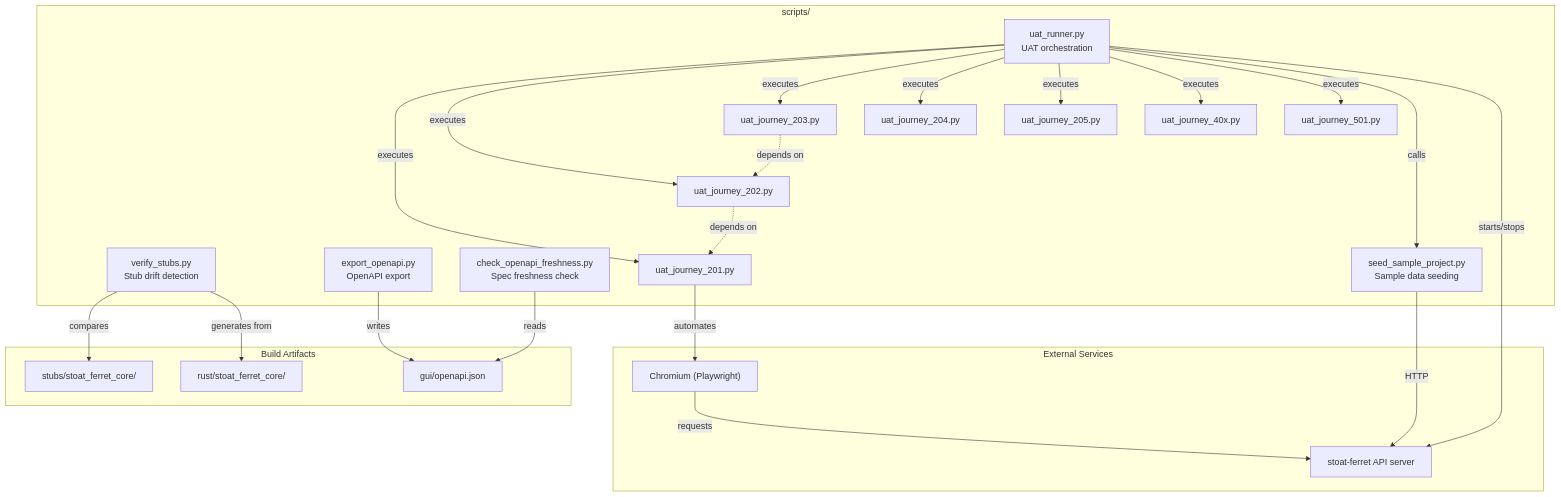
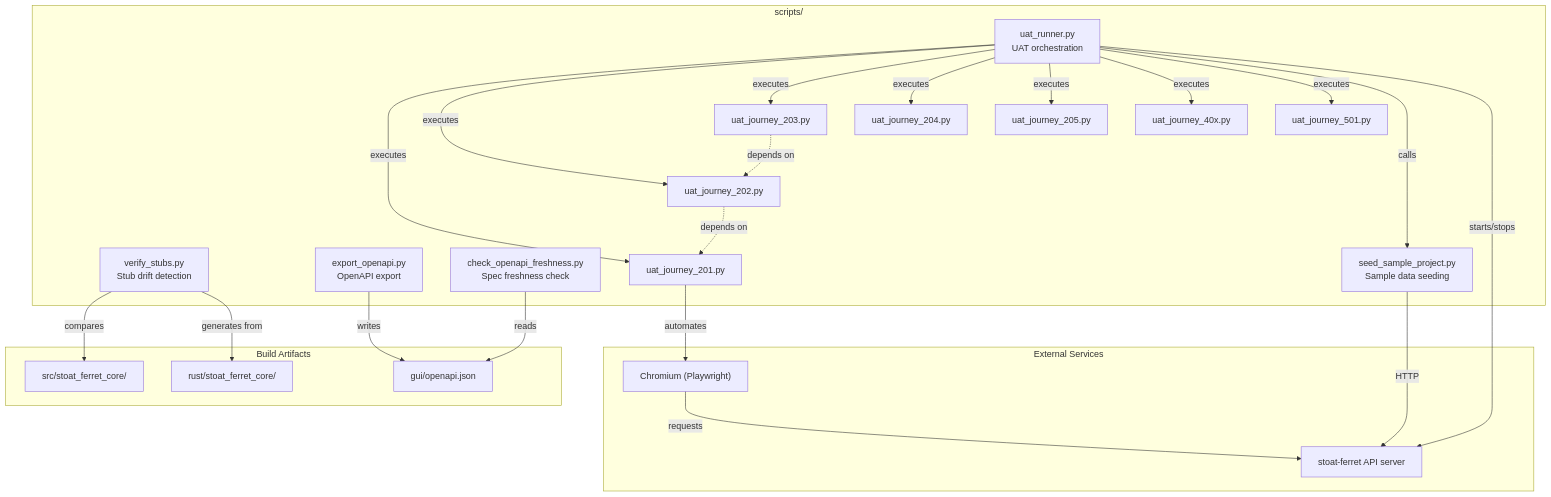
The diagram in docs/C4-Documentation/c4-code-scripts.md (gwickman/stoat-and-ferret), drawn with Mermaid before and after one commit. The commit also changed other lines of this file and 7 other files, not shown here.

First line of the commit message:
fix: update stubs/ directory references to src/ (v041 consolidation) (#321)

````diff
--- a/docs/C4-Documentation/c4-code-scripts.md
+++ b/docs/C4-Documentation/c4-code-scripts.md
@@ -223,50 +223,50 @@
 ```mermaid
 graph TD
     subgraph "scripts/"
         VERIFY["verify_stubs.py<br/>Stub drift detection"]
         EXPORT["export_openapi.py<br/>OpenAPI export"]
         CHECK["check_openapi_freshness.py<br/>Spec freshness check"]
         SEED["seed_sample_project.py<br/>Sample data seeding"]
         UAT["uat_runner.py<br/>UAT orchestration"]
         J201["uat_journey_201.py"]
         J202["uat_journey_202.py"]
         J203["uat_journey_203.py"]
         J204["uat_journey_204.py"]
         J205["uat_journey_205.py"]
         J4XX["uat_journey_40x.py"]
         J501["uat_journey_501.py"]
     end
 
     UAT -->|"executes"| J201
     UAT -->|"executes"| J202
     UAT -->|"executes"| J203
     UAT -->|"executes"| J204
     UAT -->|"executes"| J205
     UAT -->|"executes"| J4XX
     UAT -->|"executes"| J501
     UAT -->|"calls"| SEED
 
     J202 -.->|"depends on"| J201
     J203 -.->|"depends on"| J202
 
     subgraph "External Services"
         SERVER["stoat-ferret API server"]
         BROWSER["Chromium (Playwright)"]
     end
 
     SEED -->|"HTTP"| SERVER
     UAT -->|"starts/stops"| SERVER
     J201 -->|"automates"| BROWSER
     BROWSER -->|"requests"| SERVER
 
     subgraph "Build Artifacts"
-        STUBS["stubs/stoat_ferret_core/"]
+        STUBS["src/stoat_ferret_core/"]
         OPENAPI["gui/openapi.json"]
         RUST["rust/stoat_ferret_core/"]
     end
 
     VERIFY -->|"compares"| STUBS
     VERIFY -->|"generates from"| RUST
     EXPORT -->|"writes"| OPENAPI
     CHECK -->|"reads"| OPENAPI
 ```
````
